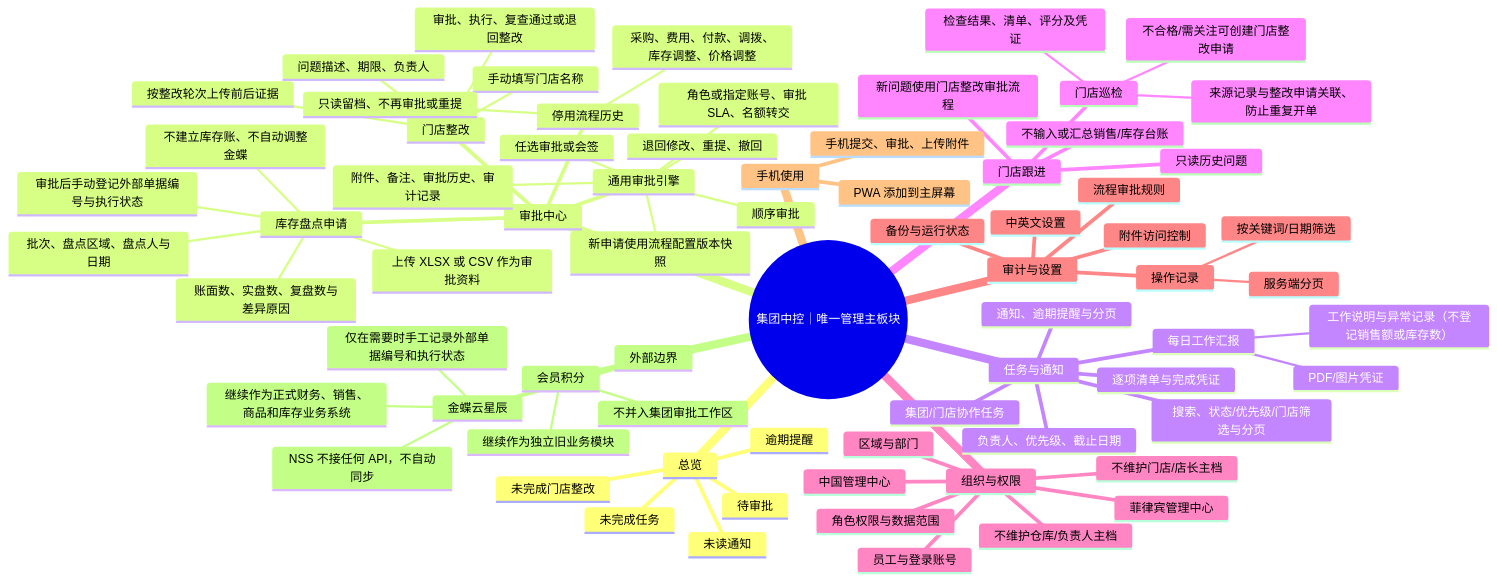
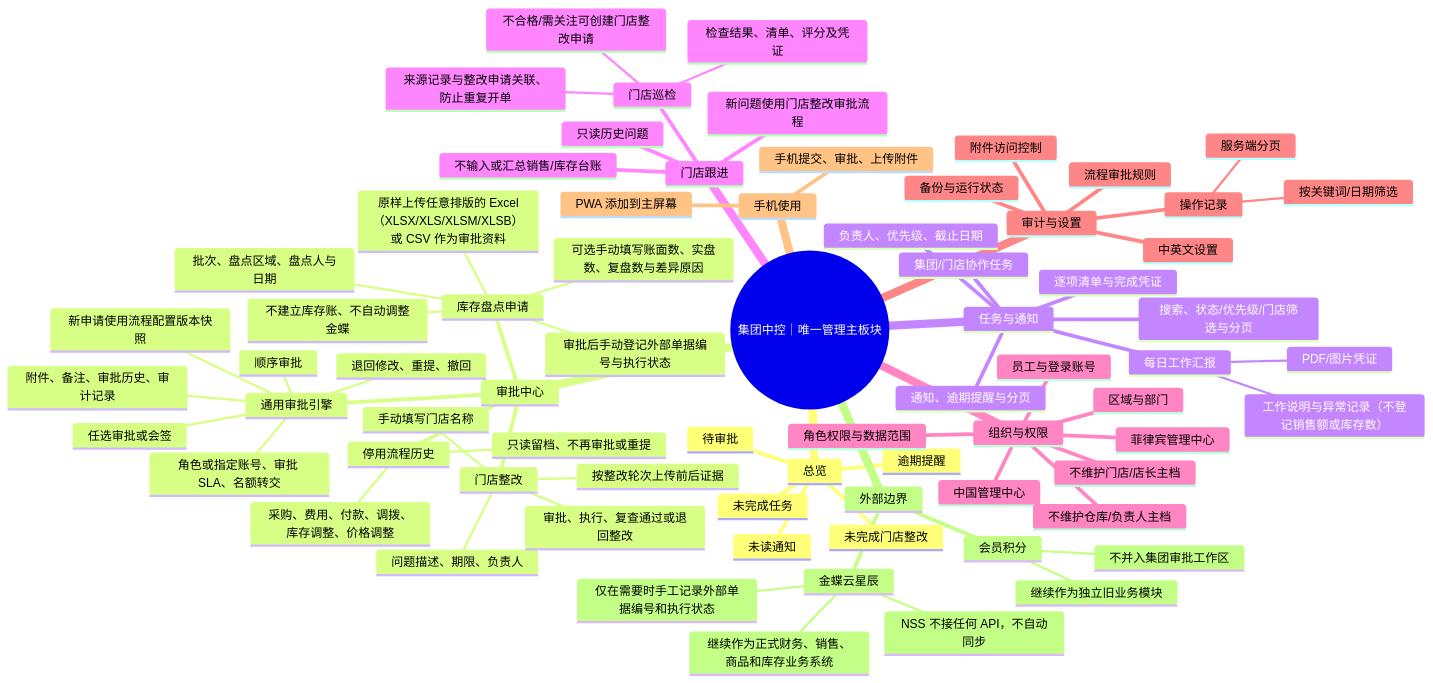
Before and after one commit to H782854696-a11y/nss-solar-points-web: the diagram in ARCHITECTURE-V2.md, drawn with Mermaid. The commit also changed other lines of this file and 12 other files, not shown here.

````diff
--- a/ARCHITECTURE-V2.md
+++ b/ARCHITECTURE-V2.md
@@ -15,76 +15,76 @@
 ```mermaid
 mindmap
   root((集团中控｜唯一管理主板块))
     总览
       待审批
       未完成任务
       未完成门店整改
       未读通知
       逾期提醒
     审批中心
       库存盘点申请
         批次、盘点区域、盘点人与日期
-        上传 XLSX 或 CSV 作为审批资料
-        账面数、实盘数、复盘数与差异原因
+        原样上传任意排版的 Excel（XLSX/XLS/XLSM/XLSB）或 CSV 作为审批资料
+        可选手动填写账面数、实盘数、复盘数与差异原因
         审批后手动登记外部单据编号与执行状态
         不建立库存账、不自动调整金蝶
       门店整改
         手动填写门店名称
         问题描述、期限、负责人
         按整改轮次上传前后证据
         审批、执行、复查通过或退回整改
       通用审批引擎
         顺序审批
         任选审批或会签
         退回修改、重提、撤回
         角色或指定账号、审批 SLA、名额转交
         附件、备注、审批历史、审计记录
         新申请使用流程配置版本快照
       停用流程历史
         采购、费用、付款、调拨、库存调整、价格调整
         只读留档、不再审批或重提
     任务与通知
       集团/门店协作任务
       负责人、优先级、截止日期
       逐项清单与完成凭证
       搜索、状态/优先级/门店筛选与分页
       每日工作汇报
         工作说明与异常记录（不登记销售额或库存数）
         PDF/图片凭证
       通知、逾期提醒与分页
     门店跟进
       门店巡检
         检查结果、清单、评分及凭证
         不合格/需关注可创建门店整改申请
         来源记录与整改申请关联、防止重复开单
       只读历史问题
       新问题使用门店整改审批流程
       不输入或汇总销售/库存台账
     组织与权限
       中国管理中心
       菲律宾管理中心
       区域与部门
       员工与登录账号
       角色权限与数据范围
       不维护门店/店长主档
       不维护仓库/负责人主档
     审计与设置
       流程审批规则
       操作记录
         按关键词/日期筛选
         服务端分页
       附件访问控制
       中英文设置
       备份与运行状态
     手机使用
       PWA 添加到主屏幕
       手机提交、审批、上传附件
     外部边界
       金蝶云星辰
         继续作为正式财务、销售、商品和库存业务系统
         NSS 不接任何 API，不自动同步
         仅在需要时手工记录外部单据编号和执行状态
       会员积分
         继续作为独立旧业务模块
         不并入集团审批工作区
 ```
````
